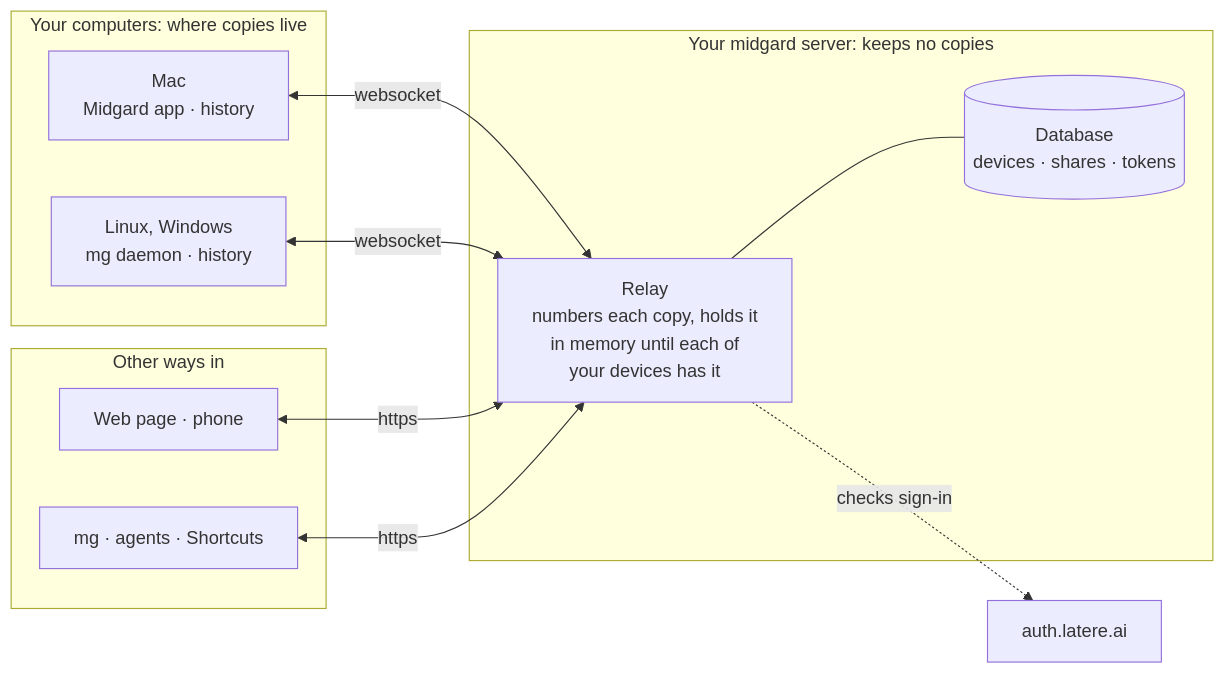
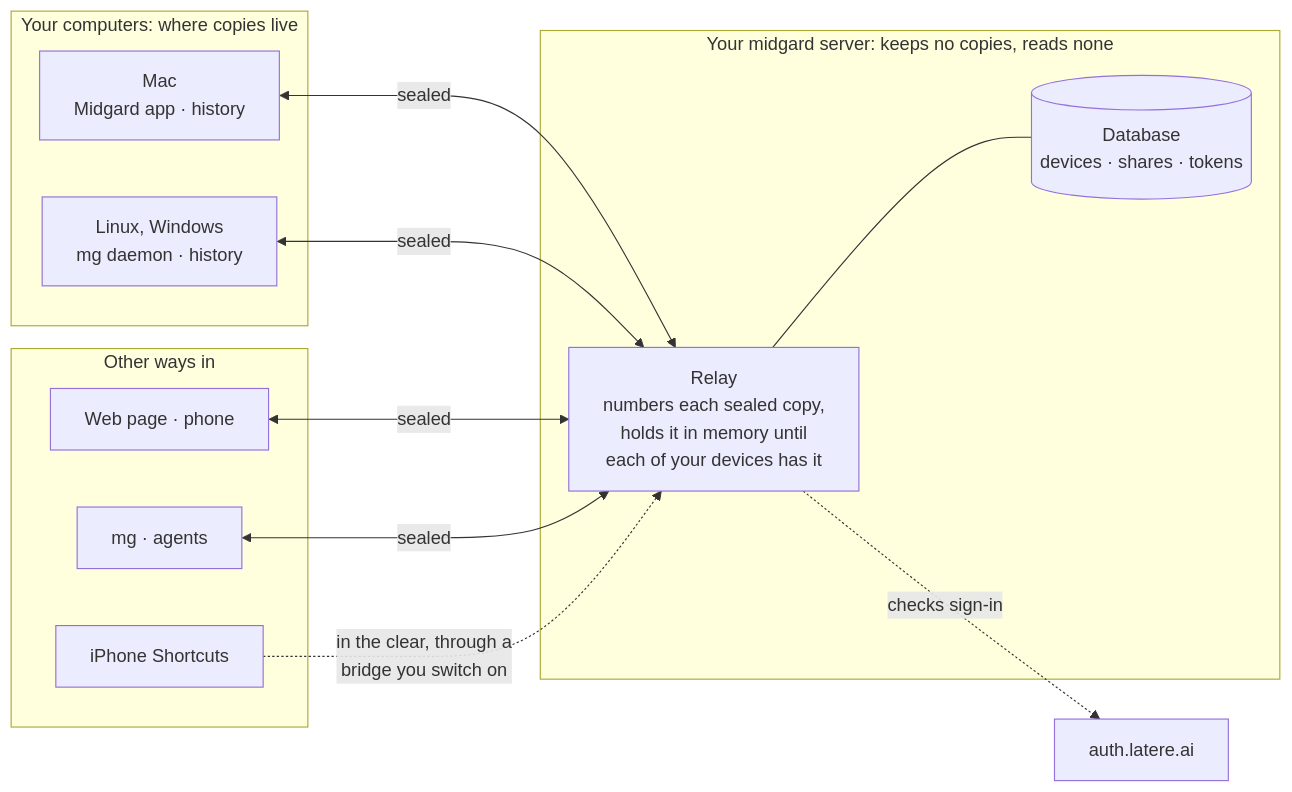
The first of 4 diagrams in docs/architecture.md (changkun/midgard), drawn with Mermaid before and after one commit. The commit also changed other lines of this file and 8 other files, not shown here.

First line of the commit message:
docs: end-to-end encryption, pairing, and the Shortcuts bridge

````diff
--- a/docs/architecture.md
+++ b/docs/architecture.md
@@ -9,22 +10,24 @@
 ```mermaid
 flowchart LR
     subgraph you["Your computers: where copies live"]
         A["Mac<br/>Midgard app · history"]
         B["Linux, Windows<br/>mg daemon · history"]
     end
     subgraph other["Other ways in"]
         W["Web page · phone"]
-        C["mg · agents · Shortcuts"]
+        C["mg · agents"]
+        P["iPhone Shortcuts"]
     end
-    subgraph server["Your midgard server: keeps no copies"]
-        R["Relay<br/>numbers each copy, holds it<br/>in memory until each of<br/>your devices has it"]
+    subgraph server["Your midgard server: keeps no copies, reads none"]
+        R["Relay<br/>numbers each sealed copy,<br/>holds it in memory until<br/>each of your devices has it"]
         S[("Database<br/>devices · shares · tokens")]
     end
     L["auth.latere.ai"]
-    A <-->|websocket| R
-    B <-->|websocket| R
-    W <-->|https| R
-    C <-->|https| R
+    A <-->|sealed| R
+    B <-->|sealed| R
+    W <-->|sealed| R
+    C <-->|sealed| R
+    P -.->|in the clear, through a<br/>bridge you switch on| R
     R --- S
     R -.->|checks sign-in| L
 ```
````
